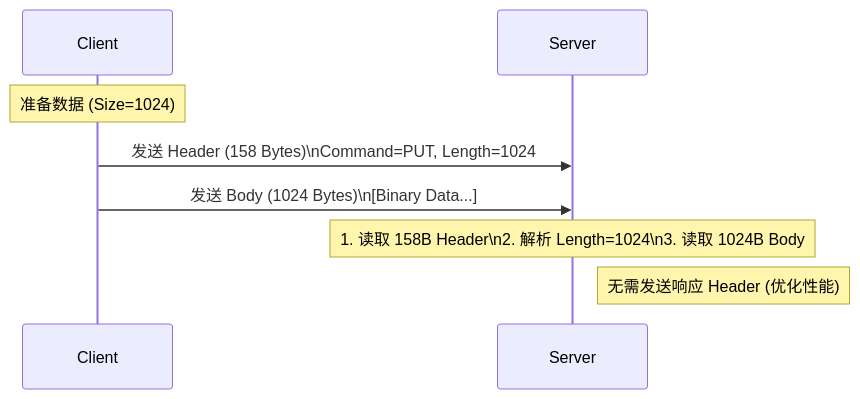
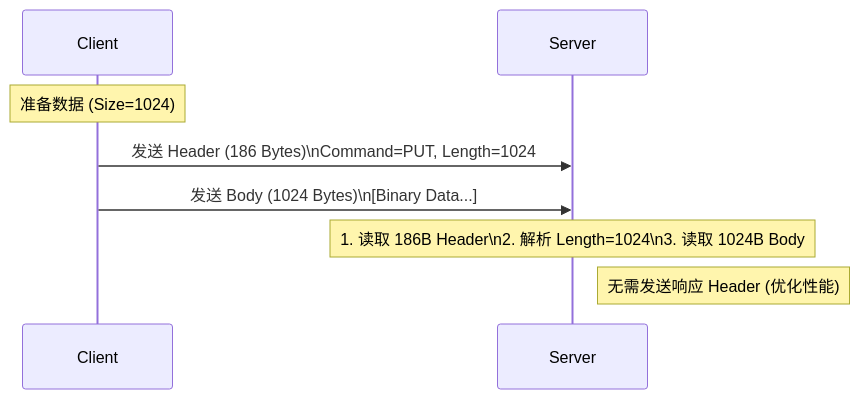
One commit to ForceInjection/AI-fundamentals changed the diagram in 09_inference_system/kv_cache/02_systems/lmcache/lmcache_server.md. Above: the diagram before and after it, drawn with Mermaid. The commit also changed other lines of this file and 129 other files, not shown here.

````diff
--- a/09_inference_system/kv_cache/02_systems/lmcache/lmcache_server.md
+++ b/09_inference_system/kv_cache/02_systems/lmcache/lmcache_server.md
@@ -97,12 +116,12 @@
 ```mermaid
 sequenceDiagram
     participant Client
     participant Server
 
     Note over Client: 准备数据 (Size=1024)
-    Client->>Server: 发送 Header (158 Bytes)\nCommand=PUT, Length=1024
+    Client->>Server: 发送 Header (186 Bytes)\nCommand=PUT, Length=1024
     Client->>Server: 发送 Body (1024 Bytes)\n[Binary Data...]
 
-    Note over Server: 1. 读取 158B Header\n2. 解析 Length=1024\n3. 读取 1024B Body
+    Note over Server: 1. 读取 186B Header\n2. 解析 Length=1024\n3. 读取 1024B Body
     Note right of Server: 无需发送响应 Header (优化性能)
 ```
````
